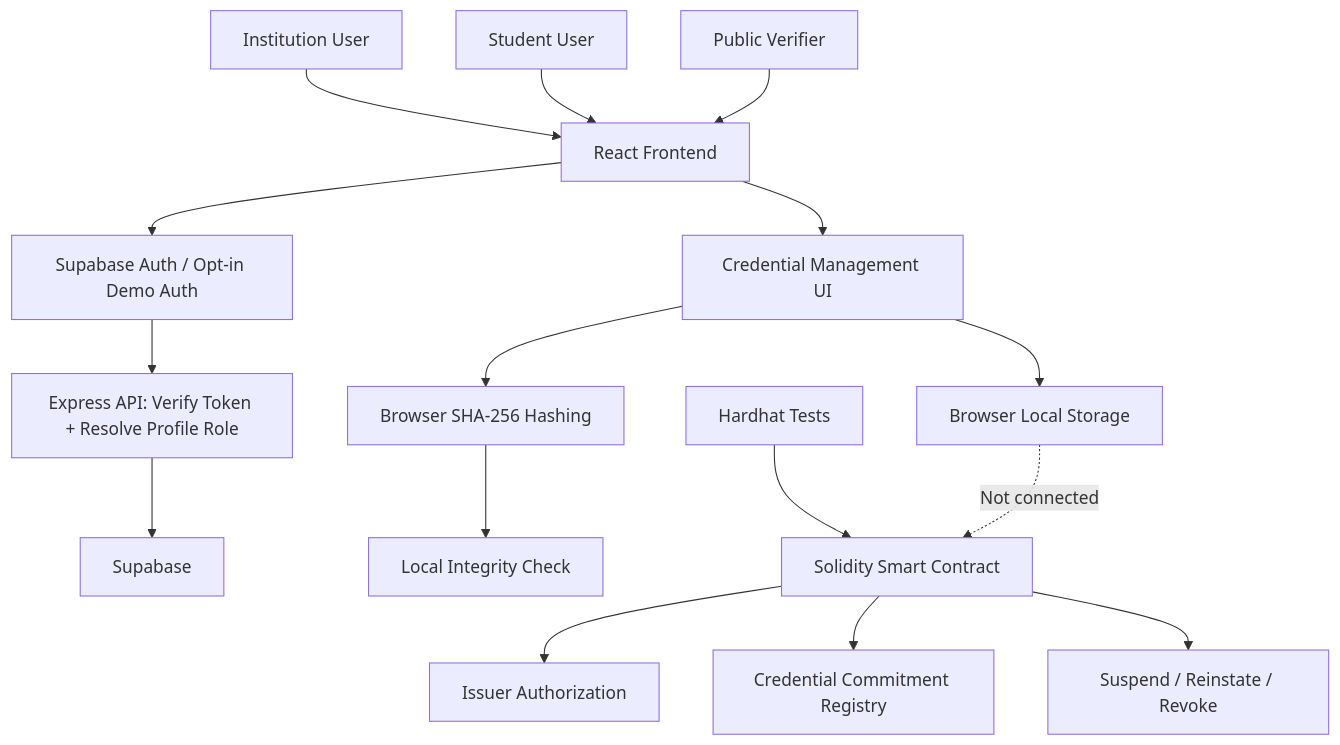
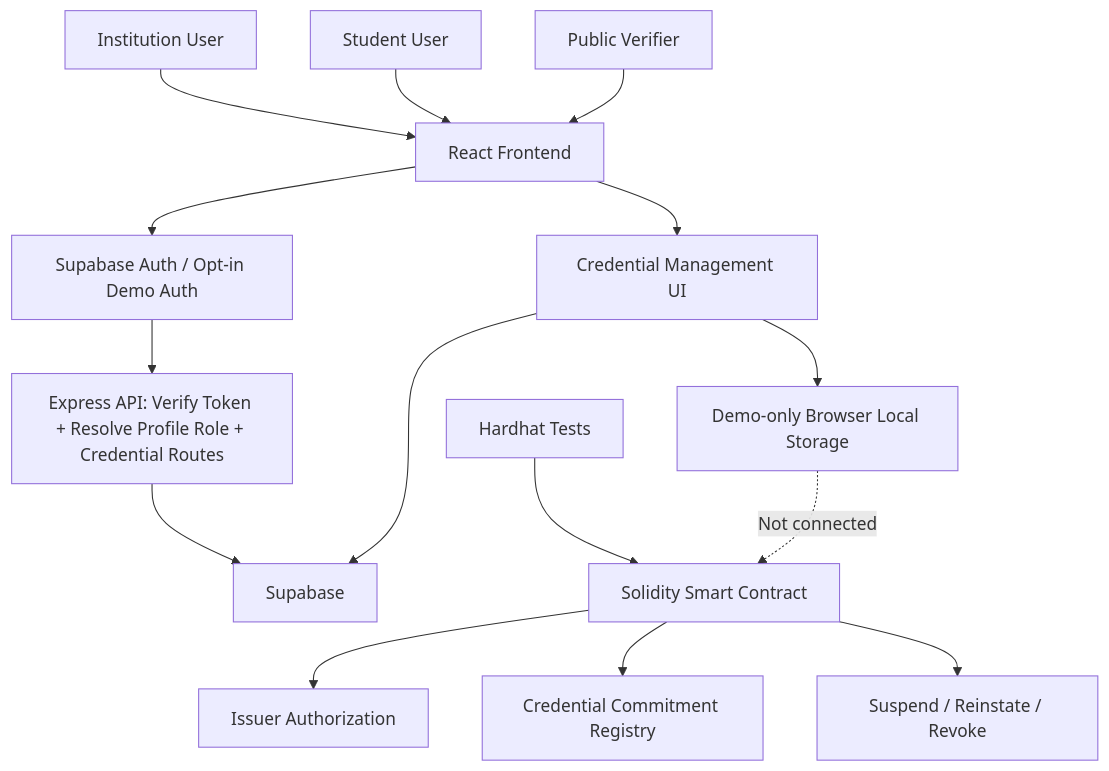
One commit to patilshrutika1803/EduChain changed the diagram in README.md. Above: the diagram before and after it, drawn with Mermaid. The commit also changed other lines of this file and 16 other files, not shown here.

Commit message:
feat: add authenticated credential API

````diff
--- a/README.md
+++ b/README.md
@@ -30,22 +34,21 @@
 ```mermaid
 flowchart TD
     I[Institution User] --> F[React Frontend]
     S[Student User] --> F
     V[Public Verifier] --> F
 
     F --> A[Supabase Auth / Opt-in Demo Auth]
-    A --> B[Express API: Verify Token + Resolve Profile Role]
+    A --> B[Express API: Verify Token + Resolve Profile Role + Credential Routes]
     B --> D[Supabase]
     F --> C[Credential Management UI]
-    C --> L[Browser Local Storage]
-    C --> H[Browser SHA-256 Hashing]
-    H --> Q[Local Integrity Check]
+    C --> L[Demo-only Browser Local Storage]
+    C --> D
 
     J[Solidity Smart Contract] --> R[Issuer Authorization]
     J --> G[Credential Commitment Registry]
     J --> X[Suspend / Reinstate / Revoke]
     T[Hardhat Tests] --> J
 
     L -. "Not connected" .-> J
 
 ```
````
